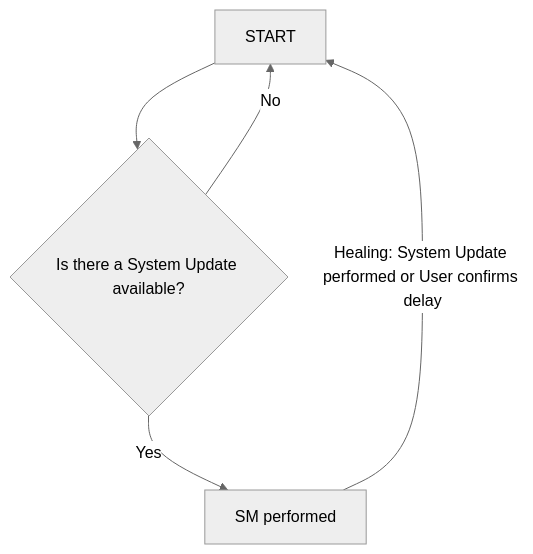
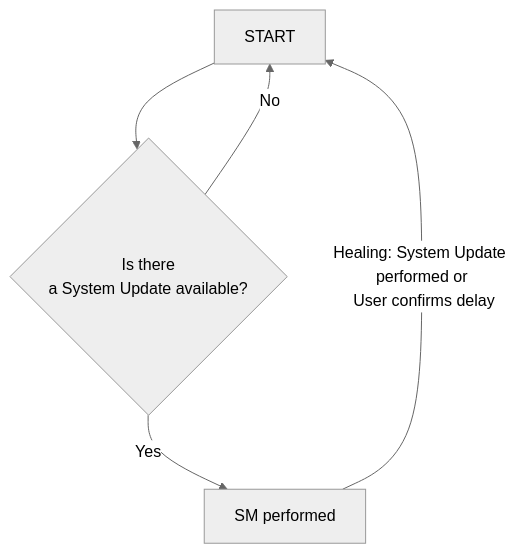
Diagram 22 of 34 in SafetyConcept/SafetyConcept - SYS.md (Arkaqius/SafetyComponent), drawn with Mermaid (neutral theme) before and after one commit. The commit also changed other lines of this file, not shown here.

Commit message:
fix widths of mermaid graphs

````diff
--- a/SafetyConcept/SafetyConcept - SYS.md
+++ b/SafetyConcept/SafetyConcept - SYS.md
@@ -587,7 +586,7 @@
 ```mermaid
 flowchart TD
-    A[START] -->| | B{Is there a System Update available?}
+    A[START] -->| | B{Is there \na System Update available?}
     B -->|No| A
     B -->|Yes| C[SM performed]
-    C -->|Healing: System Update performed or User confirms delay| A
+    C -->|Healing: System Update performed or\n User confirms delay| A
 ```
````
